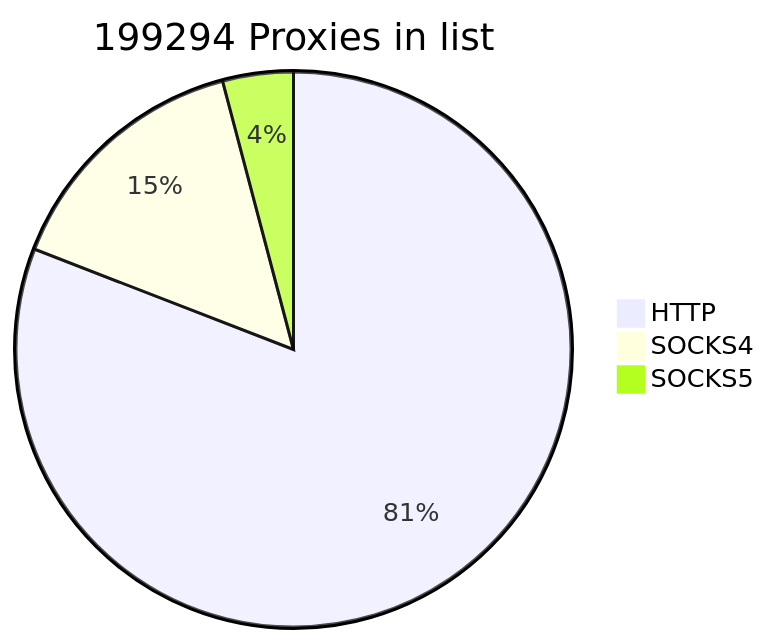
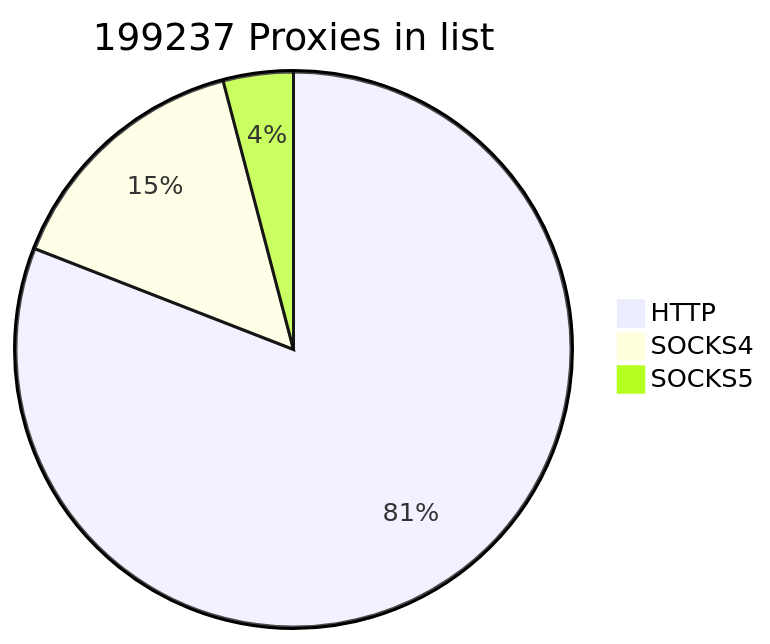
One commit to cutipu/proxylist changed the first of 2 diagrams in README.md. Above: the diagram before and after it, drawn with Mermaid. The commit also changed other lines of this file, not shown here.

````diff
--- a/README.md
+++ b/README.md
@@ -2,7 +2,7 @@
 ```mermaid
-pie title 199294 Proxies in list
-    "HTTP" : 161193
-    "SOCKS4" : 29908
-    "SOCKS5" : 8193
+pie title 199237 Proxies in list
+    "HTTP" : 161208
+    "SOCKS4" : 29905
+    "SOCKS5" : 8124
             
 ```
````
